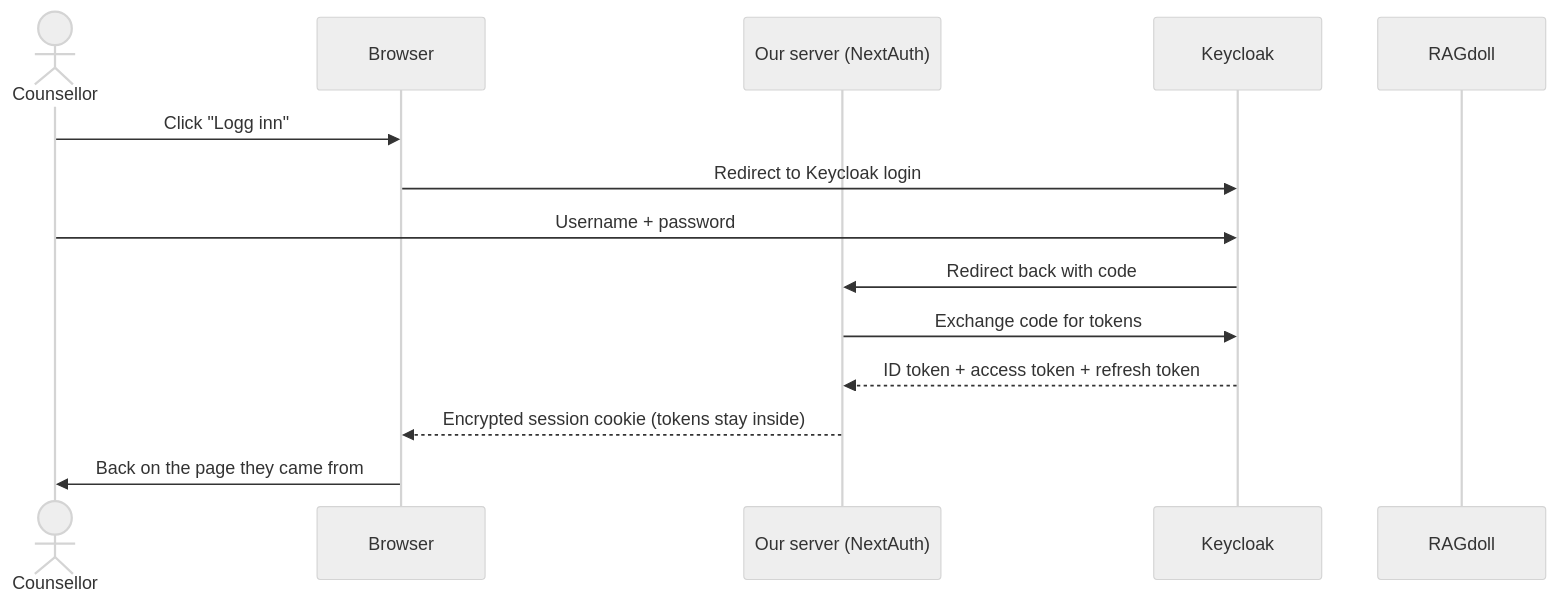
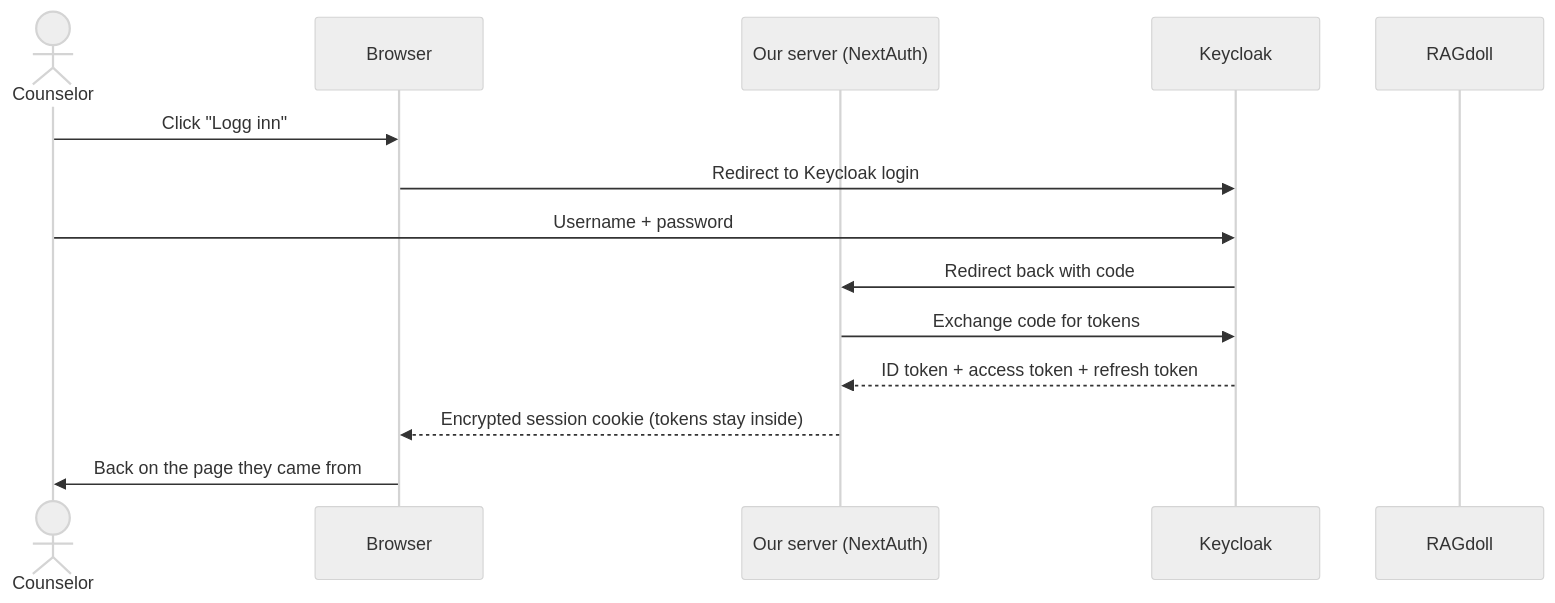
Before and after one commit to IMTEL/team-tdt4290-fall-2026: the second of 9 diagrams in docs/architecture.md, drawn with Mermaid (neutral theme). The commit also changed other lines of this file and 3 other files, not shown here.

Commit message:
docs: fix spelling counsellor -> counselor

````diff
--- a/docs/architecture.md
+++ b/docs/architecture.md
@@ -136,17 +136,17 @@
 ```mermaid
 sequenceDiagram
-    actor C as Counsellor
+    actor C as Counselor
     participant B as Browser
     participant N as Our server (NextAuth)
     participant K as Keycloak
     participant R as RAGdoll
 
     C->>B: Click "Logg inn"
     B->>K: Redirect to Keycloak login
     C->>K: Username + password
     K->>N: Redirect back with code
     N->>K: Exchange code for tokens
     K-->>N: ID token + access token + refresh token
     N-->>B: Encrypted session cookie (tokens stay inside)
     B->>C: Back on the page they came from
 ```
````
